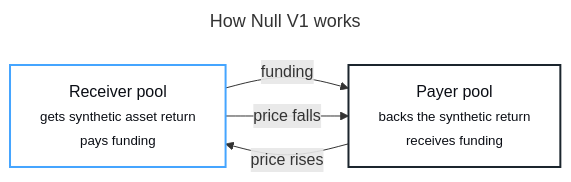
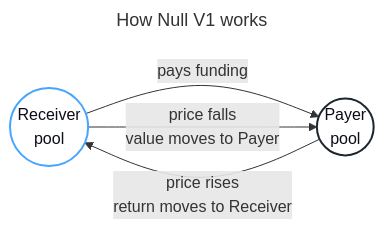
One commit to Null-Solutions/v1-docs changed the diagram in diagrams/protocol-overview.mmd. Above: the diagram before and after it, drawn with Mermaid. The commit also changed 11 other files, not shown here.

Commit message:
Make docs pool diagrams circular

```diff
--- a/diagrams/protocol-overview.mmd
+++ b/diagrams/protocol-overview.mmd
@@ -1,15 +1,15 @@
 ---
 title: How Null V1 works
 ---
 flowchart LR
-  receiver["Receiver pool<br/><small>gets synthetic asset return<br/>pays funding</small>"]
-  payer["Payer pool<br/><small>backs the synthetic return<br/>receives funding</small>"]
+  receiver(("Receiver<br/>pool"))
+  payer(("Payer<br/>pool"))
 
-  receiver -- "funding" --> payer
-  payer -- "price rises" --> receiver
-  receiver -- "price falls" --> payer
+  receiver -- "pays funding" --> payer
+  payer -- "price rises<br/>return moves to Receiver" --> receiver
+  receiver -- "price falls<br/>value moves to Payer" --> payer
 
   classDef receiver fill:#FFFFFF,color:#0B0E15,stroke:#45A5FF,stroke-width:2px;
   classDef payer fill:#FFFFFF,color:#0B0E15,stroke:#1B252D,stroke-width:2px;
   class receiver receiver;
   class payer payer;
```
